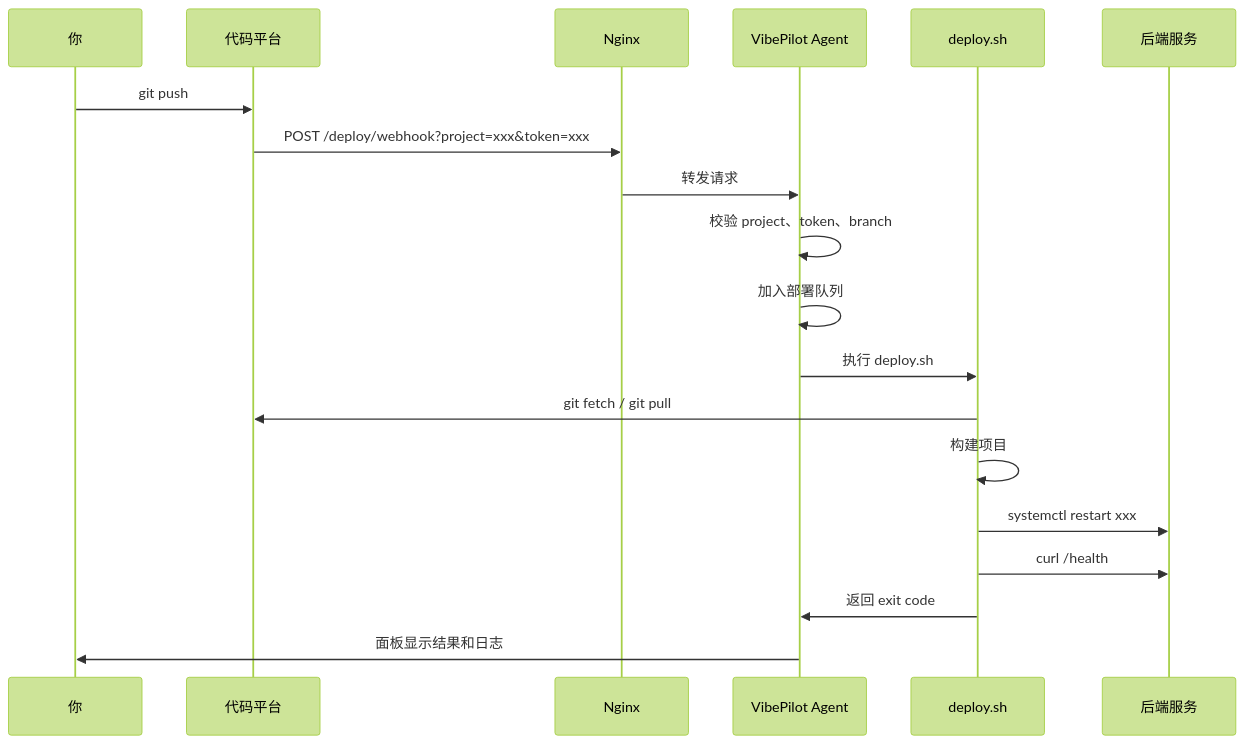
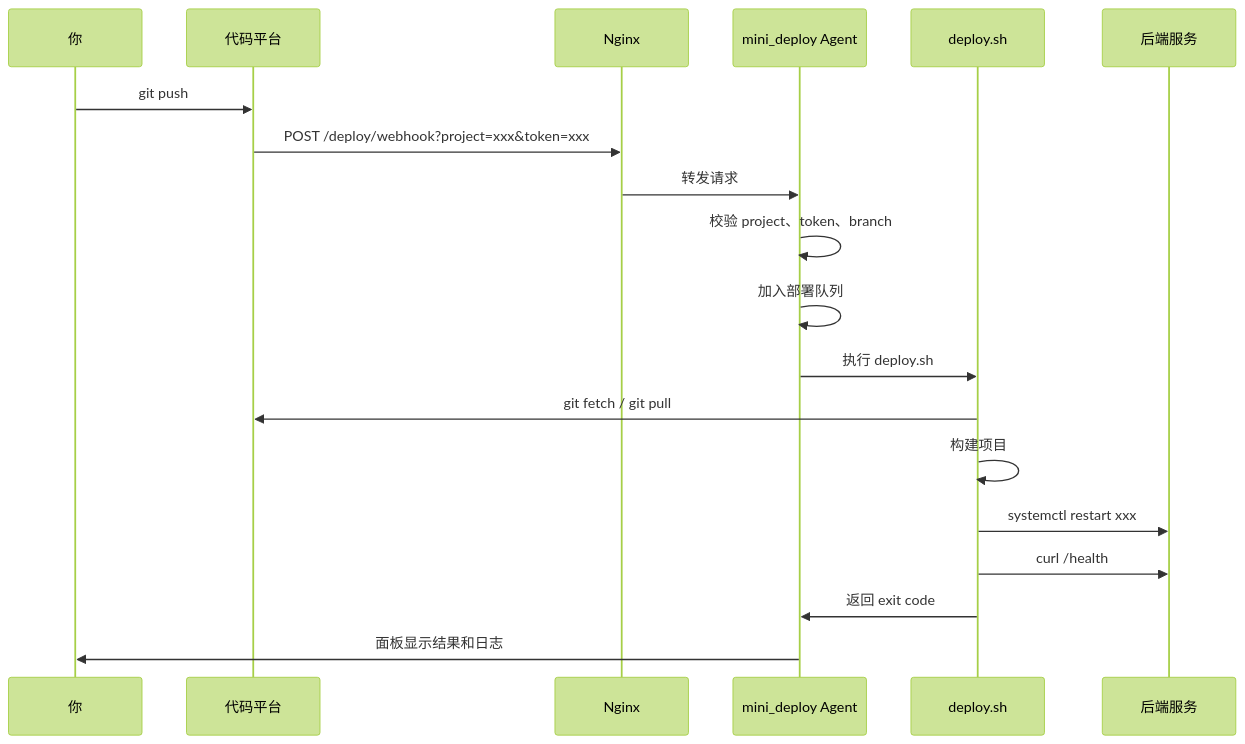
One commit to jokerXueC/mini_deploy changed the fourth of 7 diagrams in docs/BEGINNER_DEPLOY_FLOW.zh-CN.md. Above: the diagram before and after it, drawn with Mermaid (forest theme). The commit also changed other lines of this file and 14 other files, not shown here.

Commit message:
rename project to mini_deploy

````diff
--- a/docs/BEGINNER_DEPLOY_FLOW.zh-CN.md
+++ b/docs/BEGINNER_DEPLOY_FLOW.zh-CN.md
@@ -435,22 +435,22 @@
 ```mermaid
 sequenceDiagram
     participant Dev as 你
     participant Git as 代码平台
     participant Nginx as Nginx
-    participant Agent as VibePilot Agent
+    participant Agent as mini_deploy Agent
     participant Script as deploy.sh
     participant App as 后端服务
 
     Dev->>Git: git push
     Git->>Nginx: POST /deploy/webhook?project=xxx&token=xxx
     Nginx->>Agent: 转发请求
     Agent->>Agent: 校验 project、token、branch
     Agent->>Agent: 加入部署队列
     Agent->>Script: 执行 deploy.sh
     Script->>Git: git fetch / git pull
     Script->>Script: 构建项目
     Script->>App: systemctl restart xxx
     Script->>App: curl /health
     Script->>Agent: 返回 exit code
     Agent->>Dev: 面板显示结果和日志
 ```
````
